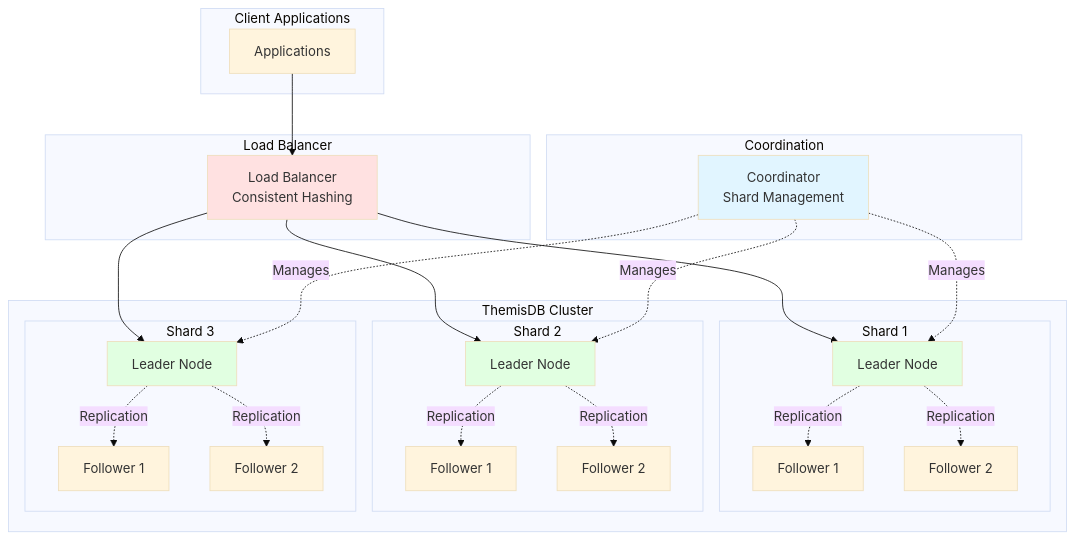
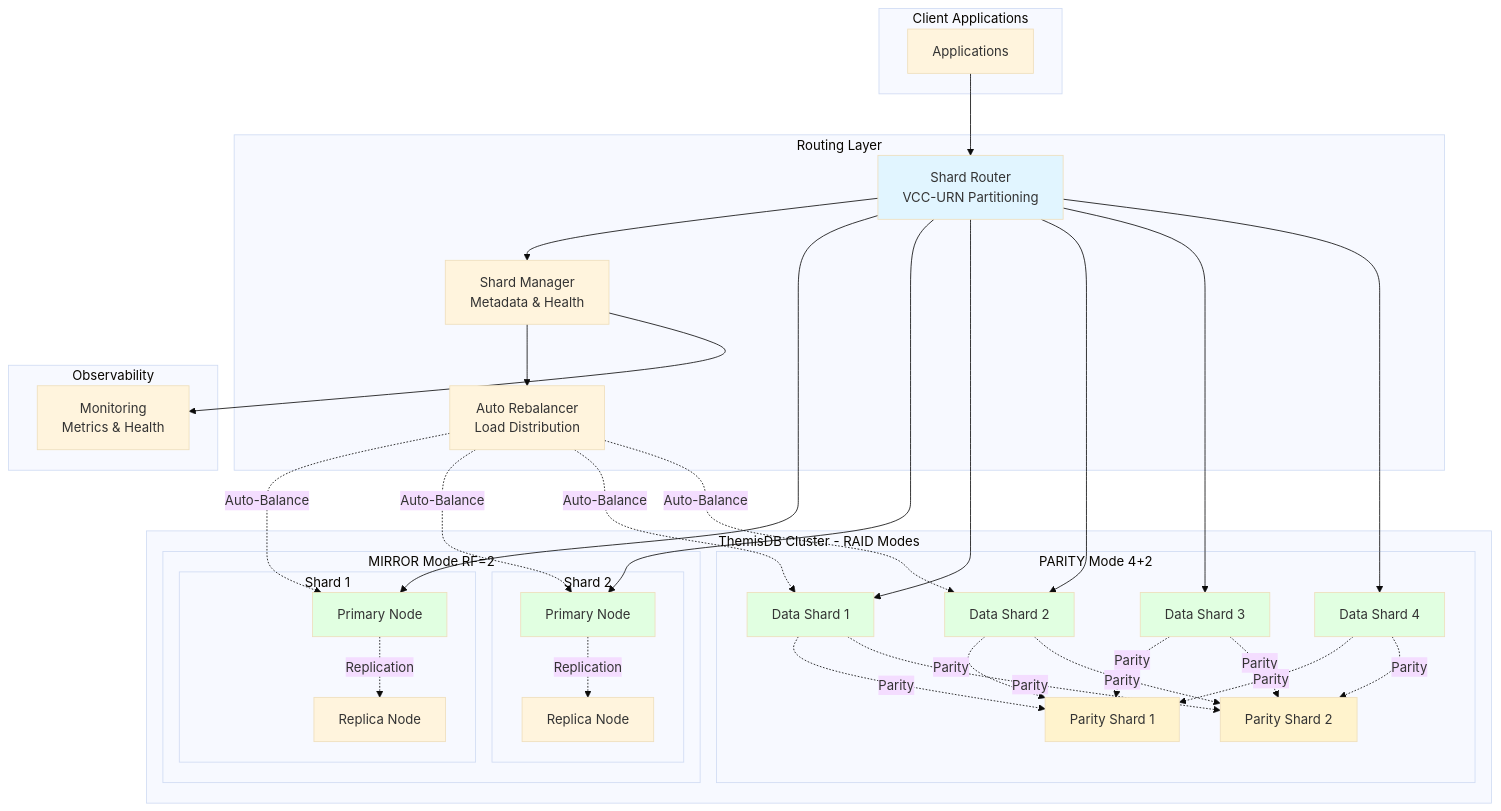
One commit to makr-code/ThemisDB changed the eighth of 8 diagrams in README.md. Above: the diagram before and after it, drawn with Mermaid (base theme). The commit also changed other lines of this file, not shown here.

Commit message:
fix: Update architecture and sharding diagrams to match docs/de

````diff
--- a/README.md
+++ b/README.md
@@ -472,47 +499,63 @@
 ```mermaid
 graph TB
     subgraph "Client Applications"
         APP[Applications]
     end
     
-    subgraph "Load Balancer"
-        LB[Load Balancer<br/>Consistent Hashing]
+    subgraph "Routing Layer"
+        SR[Shard Router<br/>VCC-URN Partitioning]
+        SM[Shard Manager<br/>Metadata & Health]
+        REBAL[Auto Rebalancer<br/>Load Distribution]
     end
     
-    subgraph "ThemisDB Cluster"
-        subgraph "Shard 1"
-            N1[Leader Node]
-            F1[Follower 1]
-            F2[Follower 2]
+    subgraph "ThemisDB Cluster - RAID Modes"
+        subgraph "MIRROR Mode RF=2"
+            subgraph "Shard 1"
+                S1P[Primary Node]
+                S1R[Replica Node]
+            end
+            
+            subgraph "Shard 2"
+                S2P[Primary Node]
+                S2R[Replica Node]
+            end
         end
         
-        subgraph "Shard 2"
-            N2[Leader Node]
-            F3[Follower 1]
-            F4[Follower 2]
-        end
-        
-        subgraph "Shard 3"
-            N3[Leader Node]
-            F5[Follower 1]
-            F6[Follower 2]
+        subgraph "PARITY Mode 4+2"
+            S3[Data Shard 1]
+            S4[Data Shard 2]
+            S5[Data Shard 3]
+            S6[Data Shard 4]
+            P1[Parity Shard 1]
+            P2[Parity Shard 2]
         end
     end
     
-    subgraph "Coordination"
-        COORD[Coordinator<br/>Shard Management]
+    subgraph "Observability"
+        MON[Monitoring<br/>Metrics & Health]
     end
     
-    APP --> LB
-    LB --> N1 & N2 & N3
-    N1 -.Replication.-> F1 & F2
-    N2 -.Replication.-> F3 & F4
-    N3 -.Replication.-> F5 & F6
-    COORD -.Manages.-> N1 & N2 & N3
+    APP --> SR
+    SR --> SM
+    SM --> REBAL
     
-    style N1 fill:#e1ffe1
-    style N2 fill:#e1ffe1
-    style N3 fill:#e1ffe1
-    style LB fill:#ffe1e1
-    style COORD fill:#e1f5ff
+    SR --> S1P & S2P
+    S1P -.Replication.-> S1R
+    S2P -.Replication.-> S2R
+    
+    SR --> S3 & S4 & S5 & S6
+    S3 & S4 & S5 & S6 -.Parity.-> P1 & P2
+    
+    SM --> MON
+    REBAL -.Auto-Balance.-> S1P & S2P & S3 & S4
+    
+    style SR fill:#e1f5ff
+    style S1P fill:#e1ffe1
+    style S2P fill:#e1ffe1
+    style S3 fill:#e1ffe1
+    style S4 fill:#e1ffe1
+    style S5 fill:#e1ffe1
+    style S6 fill:#e1ffe1
+    style P1 fill:#fff3cd
+    style P2 fill:#fff3cd
 ```
````
